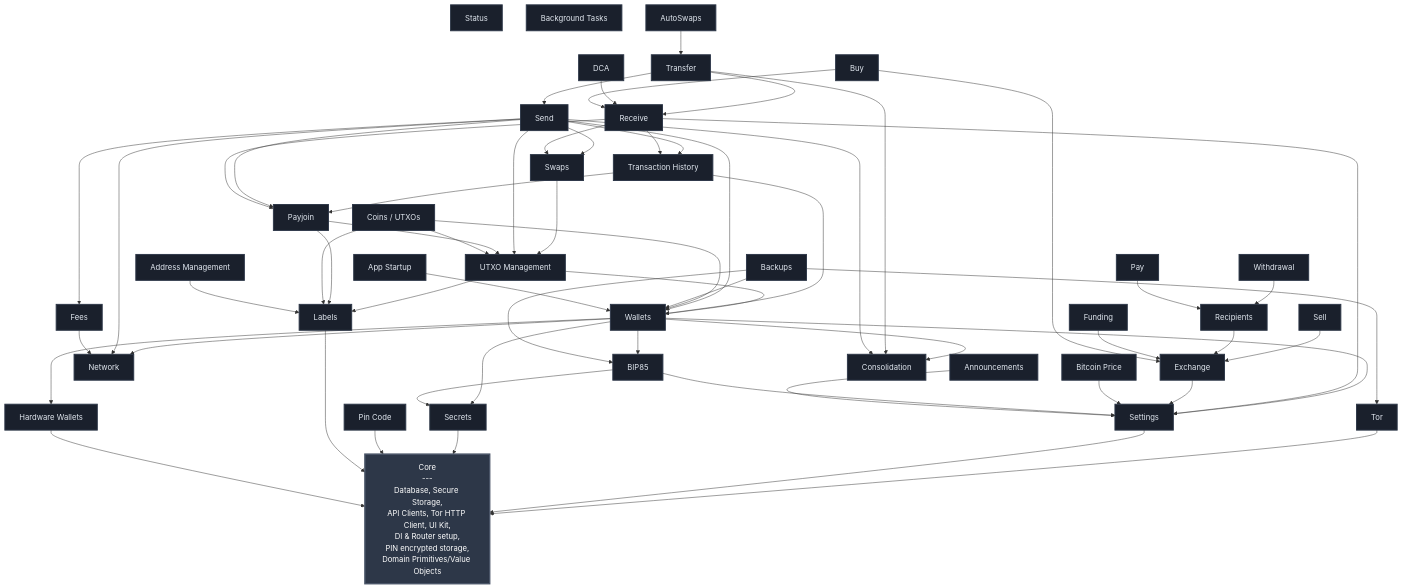
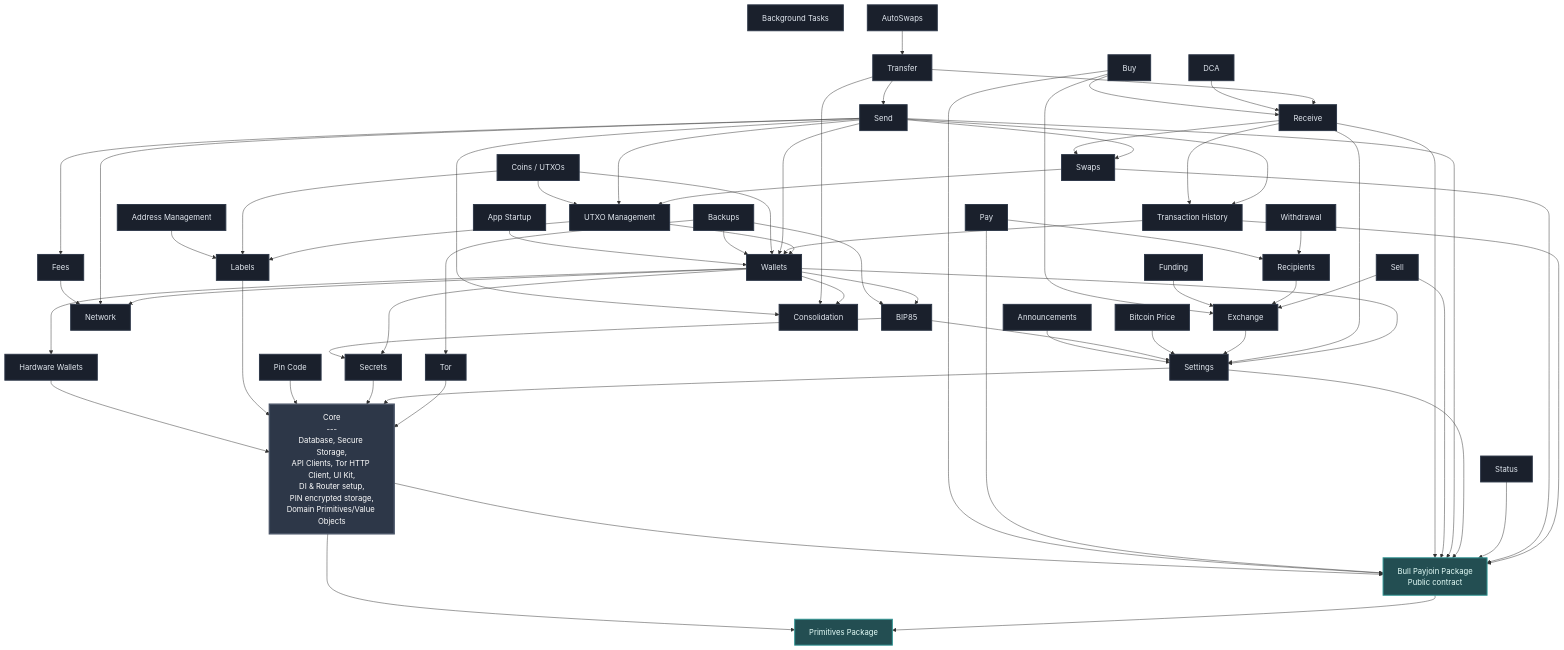
Before and after one commit to SatoshiPortal/bullbitcoin-mobile: the diagram in FEATURES.md, drawn with Mermaid. The commit also changed other lines of this file and 218 other files, not shown here.

Commit message:
feat(payjoin): extract payjoin workspace package

````diff
--- a/FEATURES.md
+++ b/FEATURES.md
@@ -10,6 +10,8 @@
 graph TB
     %% Core infrastructure
     CORE[Core<br/>---<br/>Database, Secure Storage,<br/>API Clients, Tor HTTP Client, UI Kit,<br/>DI & Router setup,<br/>PIN encrypted storage,<br/>Domain Primitives/Value Objects]
+    PRIMITIVES[Primitives Package]
+    BULL_PAYJOIN[Bull Payjoin Package<br/>Public contract]
 
     %% Feature modules
     SETTINGS[Settings]
@@ -31,7 +33,6 @@
     FUNDING[Funding]
     BACKUPS[Backups]
     SWAPS[Swaps]
-    PAYJOIN[Payjoin]
     WITHDRAWAL[Withdrawal]
     STATUS[Status]
     SEND[Send]
@@ -51,6 +52,11 @@
     %% Dependencies to Core (all features depend on Core, but showing it explicitly would clutter the diagram)
     %% Instead, we note this in the documentation below
 
+    %% Extracted package dependencies
+    CORE --> PRIMITIVES
+    CORE --> BULL_PAYJOIN
+    BULL_PAYJOIN --> PRIMITIVES
+
     %% Feature-to-feature dependencies (extracted from draw.io diagram)
     ADDRESS_MGMT --> LABELS
     ANNOUNCEMENTS --> SETTINGS
@@ -64,6 +70,7 @@
     BTC_PRICE --> SETTINGS
     BUY --> EXCHANGE
     BUY --> RECEIVE
+    BUY --> BULL_PAYJOIN
     COINS --> UTXO_MGMT
     COINS --> LABELS
     COINS --> WALLETS
@@ -74,31 +81,34 @@
     HW_WALLETS --> CORE
     LABELS --> CORE
     PAY --> RECIPIENTS
-    PAYJOIN --> UTXO_MGMT
-    PAYJOIN --> LABELS
+    PAY --> BULL_PAYJOIN
     PIN_CODE --> CORE
-    RECEIVE --> PAYJOIN
+    RECEIVE --> BULL_PAYJOIN
     RECEIVE --> SETTINGS
     RECEIVE --> SWAPS
     RECEIVE --> TX_HISTORY
     RECIPIENTS --> EXCHANGE
     SECRETS --> CORE
     SELL --> EXCHANGE
+    SELL --> BULL_PAYJOIN
     SEND --> CONSOLIDATION
     SEND --> FEES
     SEND --> NETWORK
-    SEND --> PAYJOIN
+    SEND --> BULL_PAYJOIN
     SEND --> SWAPS
     SEND --> TX_HISTORY
     SEND --> UTXO_MGMT
     SEND --> WALLETS
     SETTINGS --> CORE
+    SETTINGS --> BULL_PAYJOIN
+    STATUS --> BULL_PAYJOIN
+    SWAPS --> BULL_PAYJOIN
     SWAPS --> UTXO_MGMT
     TOR --> CORE
     TRANSFER --> CONSOLIDATION
     TRANSFER --> SEND
     TRANSFER --> RECEIVE
-    TX_HISTORY --> PAYJOIN
+    TX_HISTORY --> BULL_PAYJOIN
     TX_HISTORY --> WALLETS
     UTXO_MGMT --> LABELS
     UTXO_MGMT --> WALLETS
@@ -112,8 +122,10 @@
 
     %% Styling
     classDef coreStyle fill:#2d3748,stroke:#4a5568,stroke-width:3px,color:#fff
+    classDef packageStyle fill:#234e52,stroke:#319795,stroke-width:2px,color:#e6fffa
     classDef featureStyle fill:#1a202c,stroke:#2d3748,stroke-width:2px,color:#e2e8f0
 
     class CORE coreStyle
-    class SETTINGS,TOR,PIN_CODE,LABELS,SECRETS,HW_WALLETS,BTC_PRICE,NETWORK,BIP85,FEES,WALLETS,EXCHANGE,APP_STARTUP,UTXO_MGMT,ADDRESS_MGMT,RECIPIENTS,FUNDING,BACKUPS,SWAPS,PAYJOIN,WITHDRAWAL,STATUS,SEND,RECEIVE,TRANSFER,TX_HISTORY,BG_TASKS,AUTOSWAPS,DCA,SELL,PAY,BUY,COINS,ANNOUNCEMENTS,CONSOLIDATION featureStyle
+    class PRIMITIVES,BULL_PAYJOIN packageStyle
+    class SETTINGS,TOR,PIN_CODE,LABELS,SECRETS,HW_WALLETS,BTC_PRICE,NETWORK,BIP85,FEES,WALLETS,EXCHANGE,APP_STARTUP,UTXO_MGMT,ADDRESS_MGMT,RECIPIENTS,FUNDING,BACKUPS,SWAPS,WITHDRAWAL,STATUS,SEND,RECEIVE,TRANSFER,TX_HISTORY,BG_TASKS,AUTOSWAPS,DCA,SELL,PAY,BUY,COINS,ANNOUNCEMENTS,CONSOLIDATION featureStyle
 ```
````
